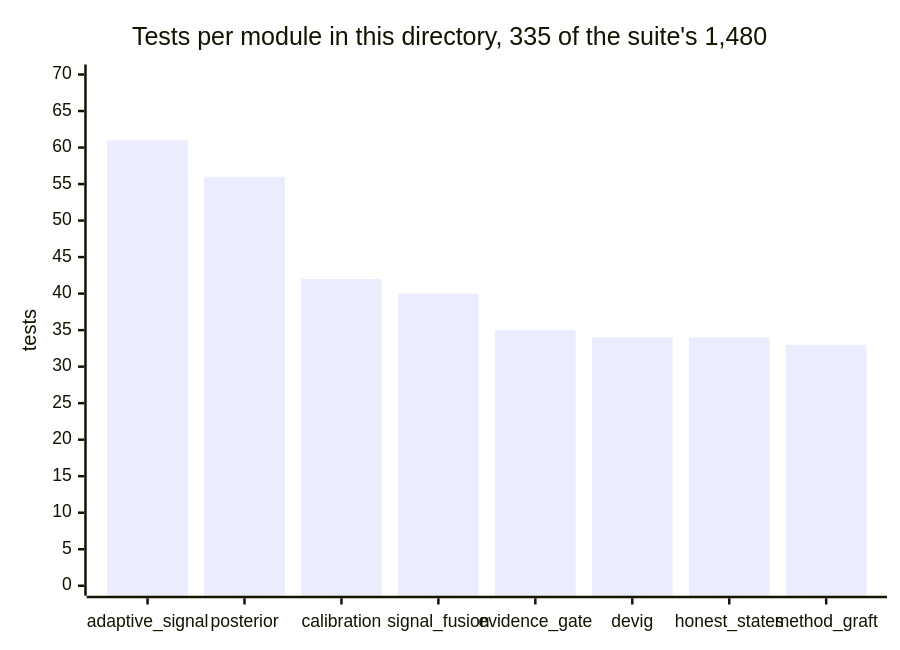
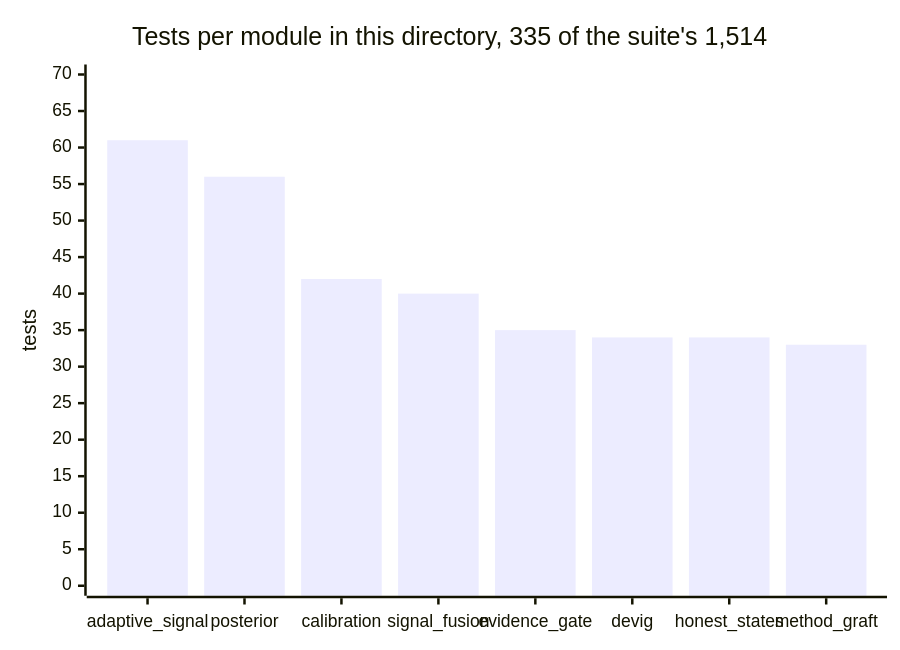
The ninth of 10 diagrams in polymind/README.md (greeklinux/Showcase), drawn with Mermaid before and after one commit. The commit also changed other lines of this file and 26 other files, not shown here.

````diff
--- a/polymind/README.md
+++ b/polymind/README.md
@@ -602,7 +602,7 @@
 ```mermaid
 xychart-beta
-    title "Tests per module in this directory, 335 of the suite's 1,480"
+    title "Tests per module in this directory, 335 of the suite's 1,514"
     x-axis ["adaptive_signal", "posterior", "calibration", "signal_fusion", "evidence_gate", "devig", "honest_states", "method_graft"]
     y-axis "tests" 0 --> 70
     bar [61, 56, 42, 40, 35, 34, 34, 33]
 ```
````
